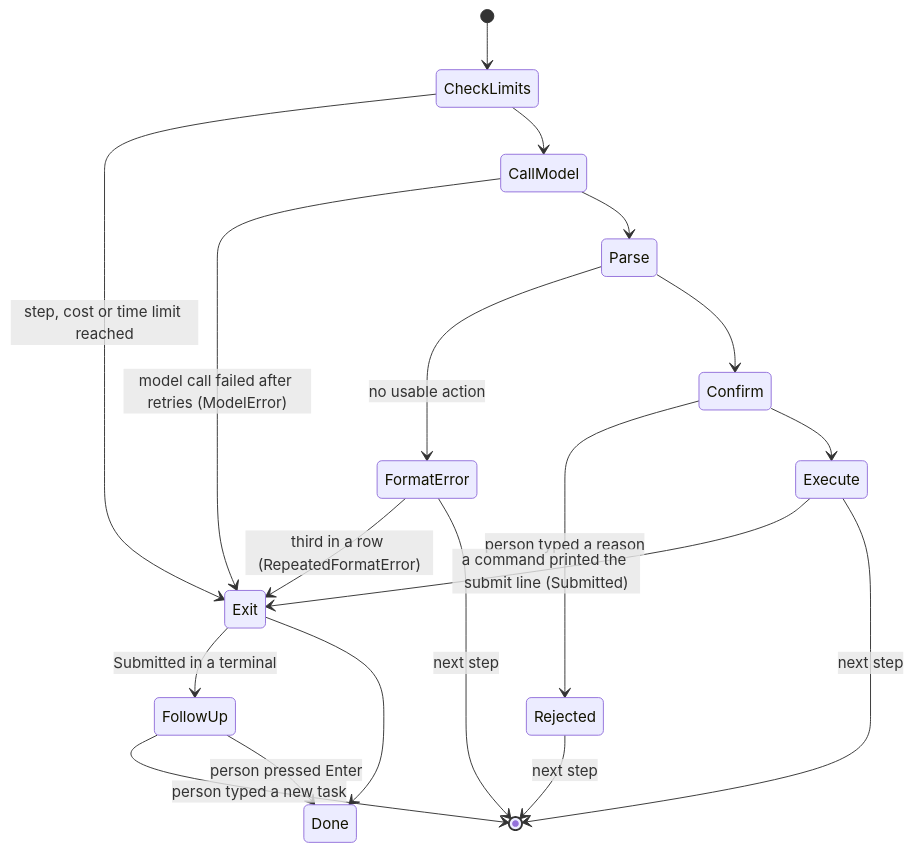
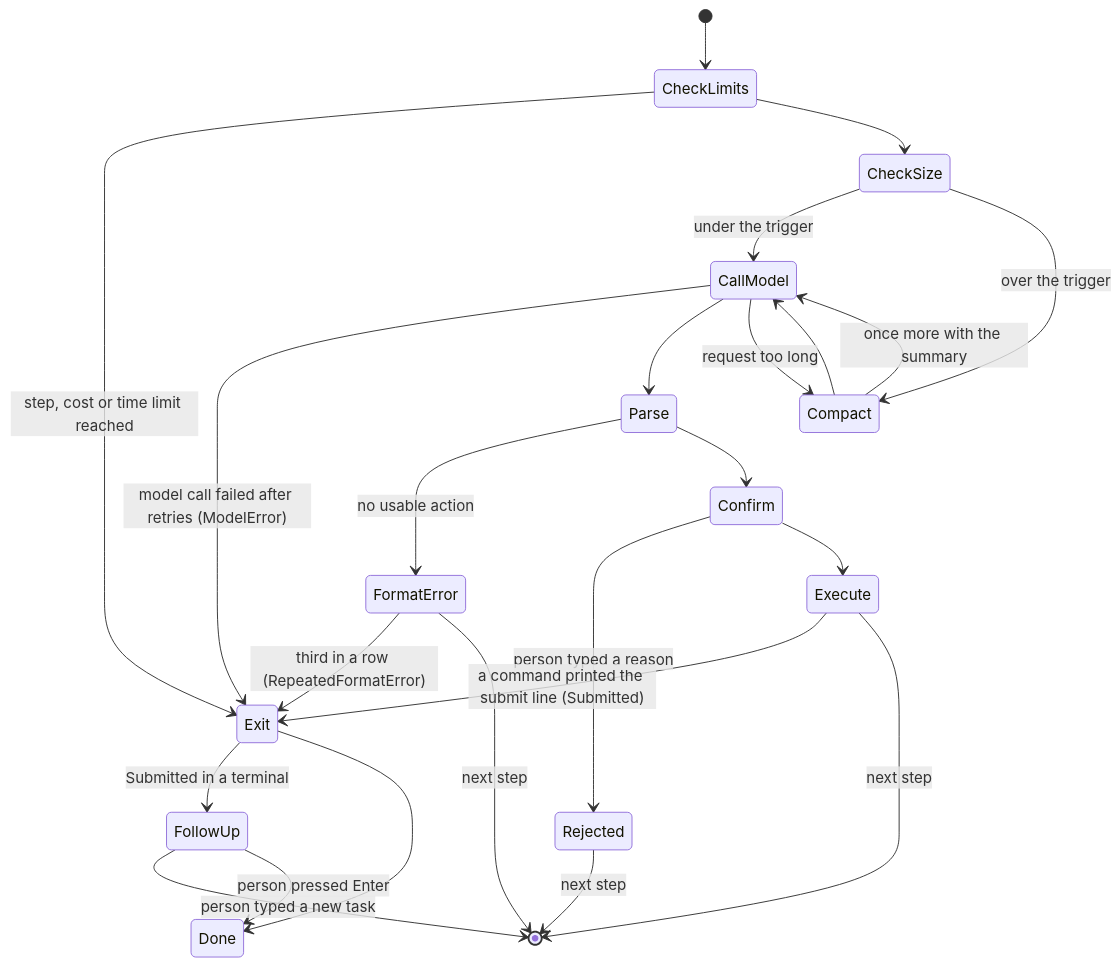
The third of 4 diagrams in docs/architecture.md (Black-Rainbow-Labs/umbra), drawn with Mermaid before and after one commit. The commit also changed other lines of this file and 26 other files, not shown here.

````diff
--- a/docs/architecture.md
+++ b/docs/architecture.md
@@ -99,21 +101,26 @@
 ```mermaid
 stateDiagram-v2
     [*] --> CheckLimits
     CheckLimits --> Exit: step, cost or time limit reached
-    CheckLimits --> CallModel
+    CheckLimits --> CheckSize
+    CheckSize --> CallModel: under the trigger
+    CheckSize --> Compact: over the trigger
+    Compact --> CallModel
     CallModel --> Exit: model call failed after retries (ModelError)
     CallModel --> Parse
     Parse --> FormatError: no usable action
     FormatError --> Exit: third in a row (RepeatedFormatError)
     FormatError --> [*]: next step
+    CallModel --> Compact: request too long
+    Compact --> CallModel: once more with the summary
     Parse --> Confirm
     Confirm --> Rejected: person typed a reason
     Rejected --> [*]: next step
     Confirm --> Execute
     Execute --> Exit: a command printed the submit line (Submitted)
     Execute --> [*]: next step
     Exit --> FollowUp: Submitted in a terminal
     FollowUp --> [*]: person typed a new task
     FollowUp --> Done: person pressed Enter
     Exit --> Done
 ```
````
